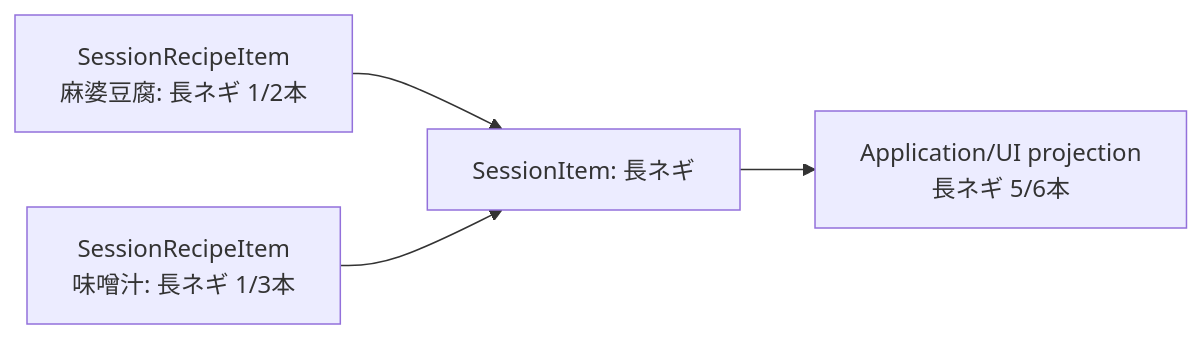
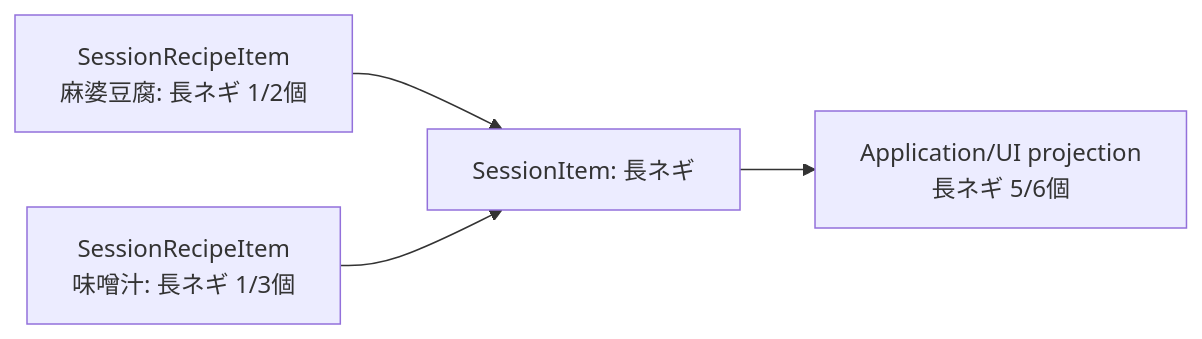
Before and after one commit to kyo1941/recipe-deck: the second of 3 diagrams in docs/spec.md, drawn with Mermaid. The commit also changed other lines of this file, not shown here.

````diff
--- a/docs/spec.md
+++ b/docs/spec.md
@@ -152,6 +152,6 @@
 ```mermaid
 flowchart LR
-    A["SessionRecipeItem<br>麻婆豆腐: 長ネギ 1/2本"] --> C["SessionItem: 長ネギ"]
-    B["SessionRecipeItem<br>味噌汁: 長ネギ 1/3本"] --> C
-    C --> D["Application/UI projection<br>長ネギ 5/6本"]
+    A["SessionRecipeItem<br>麻婆豆腐: 長ネギ 1/2個"] --> C["SessionItem: 長ネギ"]
+    B["SessionRecipeItem<br>味噌汁: 長ネギ 1/3個"] --> C
+    C --> D["Application/UI projection<br>長ネギ 5/6個"]
 ```
````
